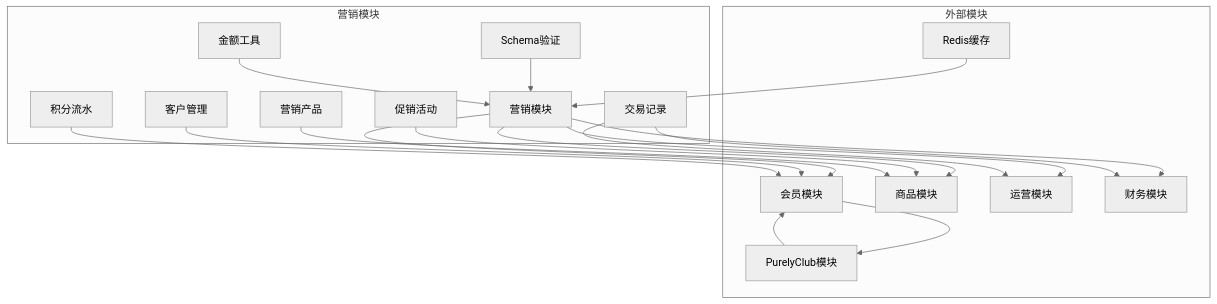
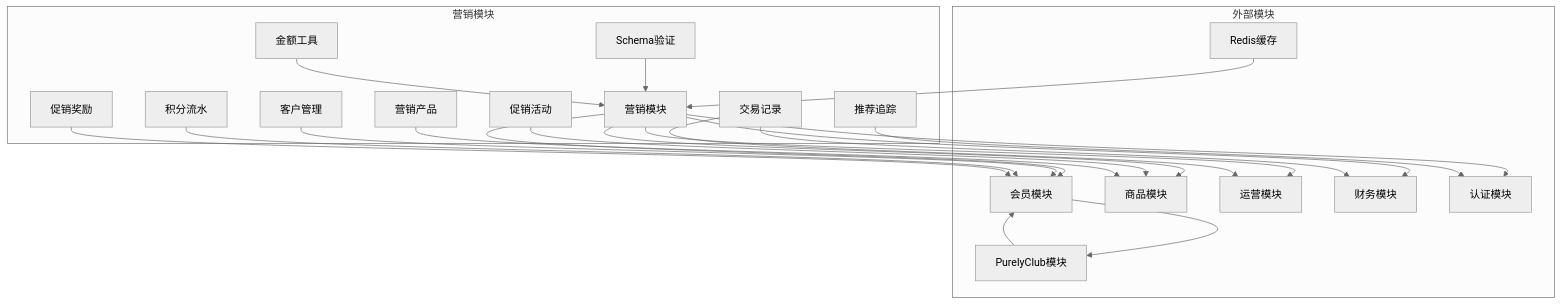
One commit to rc558620/purelyprofit-server changed diagram 53 of 54 in .qoder/repowiki/zh/content/业务模块/营销推广模块/营销推广模块.md. Above: the diagram before and after it, drawn with Mermaid (neutral theme). The commit also changed other lines of this file and 8 other files, not shown here.

````diff
--- a/.qoder/repowiki/zh/content/业务模块/营销推广模块/营销推广模块.md
+++ b/.qoder/repowiki/zh/content/业务模块/营销推广模块/营销推广模块.md
@@ -1717,36 +2039,42 @@
 ```mermaid
 graph TB
 subgraph "营销模块"
 Marketing["营销模块"]
 Customers["客户管理"]
 Promotions["促销活动"]
 Products["营销产品"]
 Transactions["交易记录"]
 PointsRecords["积分流水"]
 Schemas["Schema验证"]
 MoneyUtils["金额工具"]
+PromoRewards["促销奖励"]
+ReferralTracking["推荐追踪"]
 end
 subgraph "外部模块"
 Member["会员模块"]
 Goods["商品模块"]
 Operations["运营模块"]
 Finance["财务模块"]
 Club["PurelyClub模块"]
 Redis["Redis缓存"]
+Auth["认证模块"]
 end
 Marketing --> Member
 Marketing --> Goods
 Marketing --> Operations
 Marketing --> Finance
+Marketing --> Auth
 Customers --> Member
 Promotions --> Goods
 Products --> Goods
 Transactions --> Operations
 Transactions --> Finance
 PointsRecords --> Member
+PromoRewards --> Member
+ReferralTracking --> Auth
 Member --> Club
 Club --> Member
 Redis --> Marketing
 Schemas --> Marketing
 MoneyUtils --> Marketing
 ```
````
